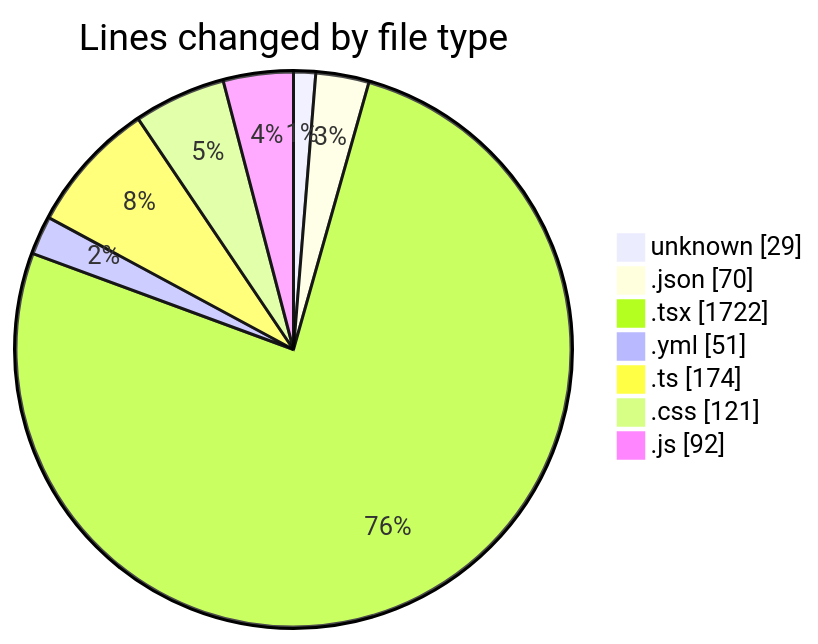
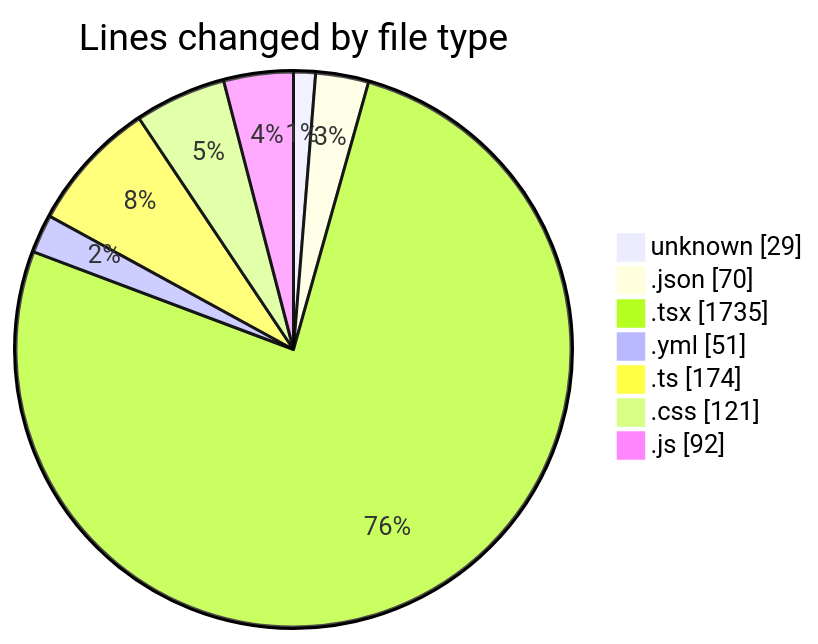
The first of 2 diagrams in 2025-01-14/mbc-web/README.md (robertbonfada/code-tracking), drawn with Mermaid before and after one commit. The commit also changed other lines of this file and 1 other file, not shown here.

````diff
--- a/2025-01-14/mbc-web/README.md
+++ b/2025-01-14/mbc-web/README.md
@@ -41,11 +41,11 @@
 ```mermaid
 pie showData
 title Lines changed by file type
 "unknown" : 29
 ".json" : 70
-".tsx" : 1722
+".tsx" : 1735
 ".yml" : 51
 ".ts" : 174
 ".css" : 121
 ".js" : 92
 ```
````
